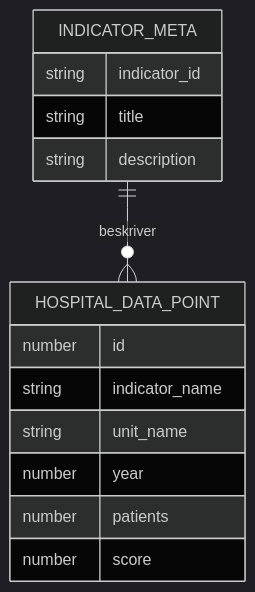
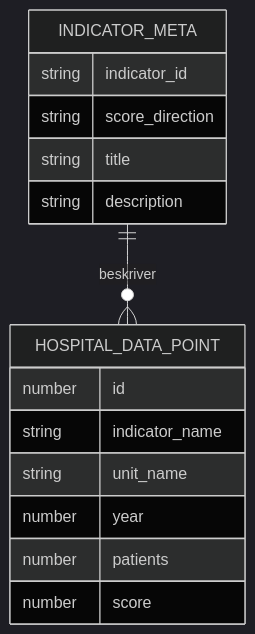
The third of 3 diagrams in docs/ARCHITECTURE.md (Khhashi/helse-kvalitet-dashboard), drawn with Mermaid (dark theme) before and after one commit. The commit also changed other lines of this file and 5 other files, not shown here.

````diff
--- a/docs/ARCHITECTURE.md
+++ b/docs/ARCHITECTURE.md
@@ -100,17 +100,18 @@
 ```mermaid
 erDiagram
     INDICATOR_META ||--o{ HOSPITAL_DATA_POINT : beskriver
     INDICATOR_META {
         string indicator_id
+        string score_direction
         string title
         string description
     }
     HOSPITAL_DATA_POINT {
         number id
         string indicator_name
         string unit_name
         number year
         number patients
         number score
     }
 ```
````
